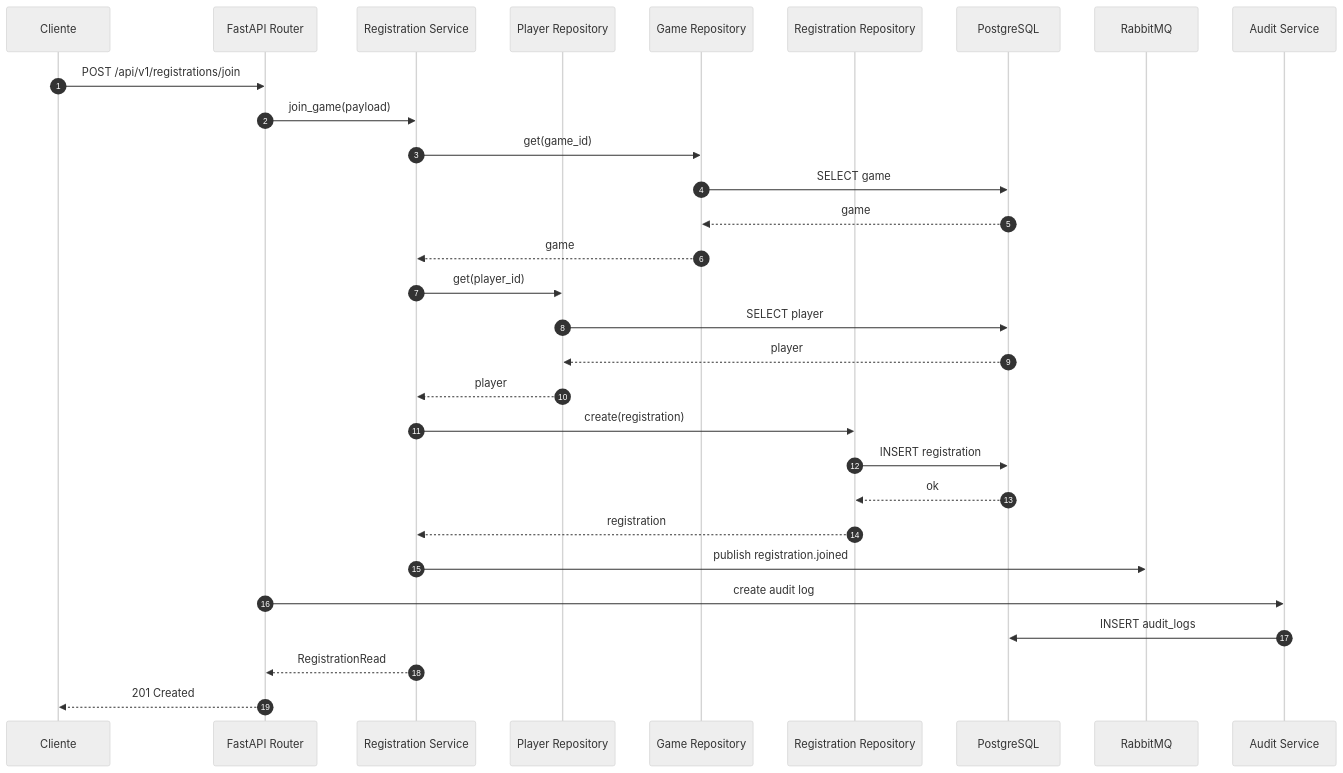
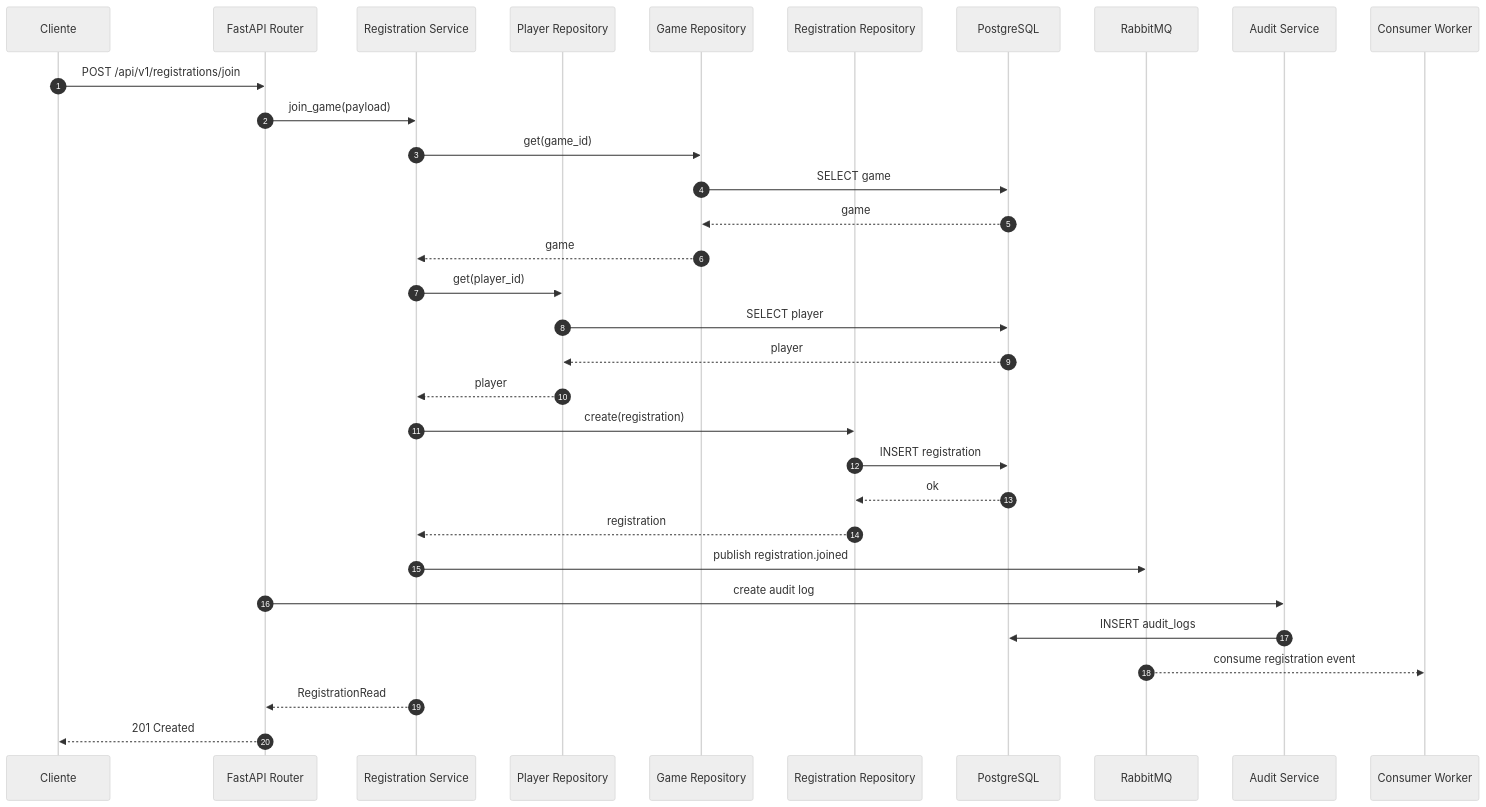
The second of 3 diagrams in README.md (lenonmerlo/conecta-volei-backend-lab), drawn with Mermaid (neutral theme) before and after one commit. The commit also changed other lines of this file, not shown here.

````diff
--- a/README.md
+++ b/README.md
@@ -105,33 +117,35 @@
 ```mermaid
 sequenceDiagram
   autonumber
   participant U as Cliente
   participant API as FastAPI Router
   participant SVC as Registration Service
   participant PREPO as Player Repository
   participant GREPO as Game Repository
   participant RREPO as Registration Repository
   participant DB as PostgreSQL
   participant MQ as RabbitMQ
   participant AUD as Audit Service
+  participant WK as Consumer Worker
 
   U->>API: POST /api/v1/registrations/join
   API->>SVC: join_game(payload)
   SVC->>GREPO: get(game_id)
   GREPO->>DB: SELECT game
   DB-->>GREPO: game
   GREPO-->>SVC: game
   SVC->>PREPO: get(player_id)
   PREPO->>DB: SELECT player
   DB-->>PREPO: player
   PREPO-->>SVC: player
   SVC->>RREPO: create(registration)
   RREPO->>DB: INSERT registration
   DB-->>RREPO: ok
   RREPO-->>SVC: registration
   SVC->>MQ: publish registration.joined
   API->>AUD: create audit log
   AUD->>DB: INSERT audit_logs
+  MQ-->>WK: consume registration event
   SVC-->>API: RegistrationRead
   API-->>U: 201 Created
 ```
````
